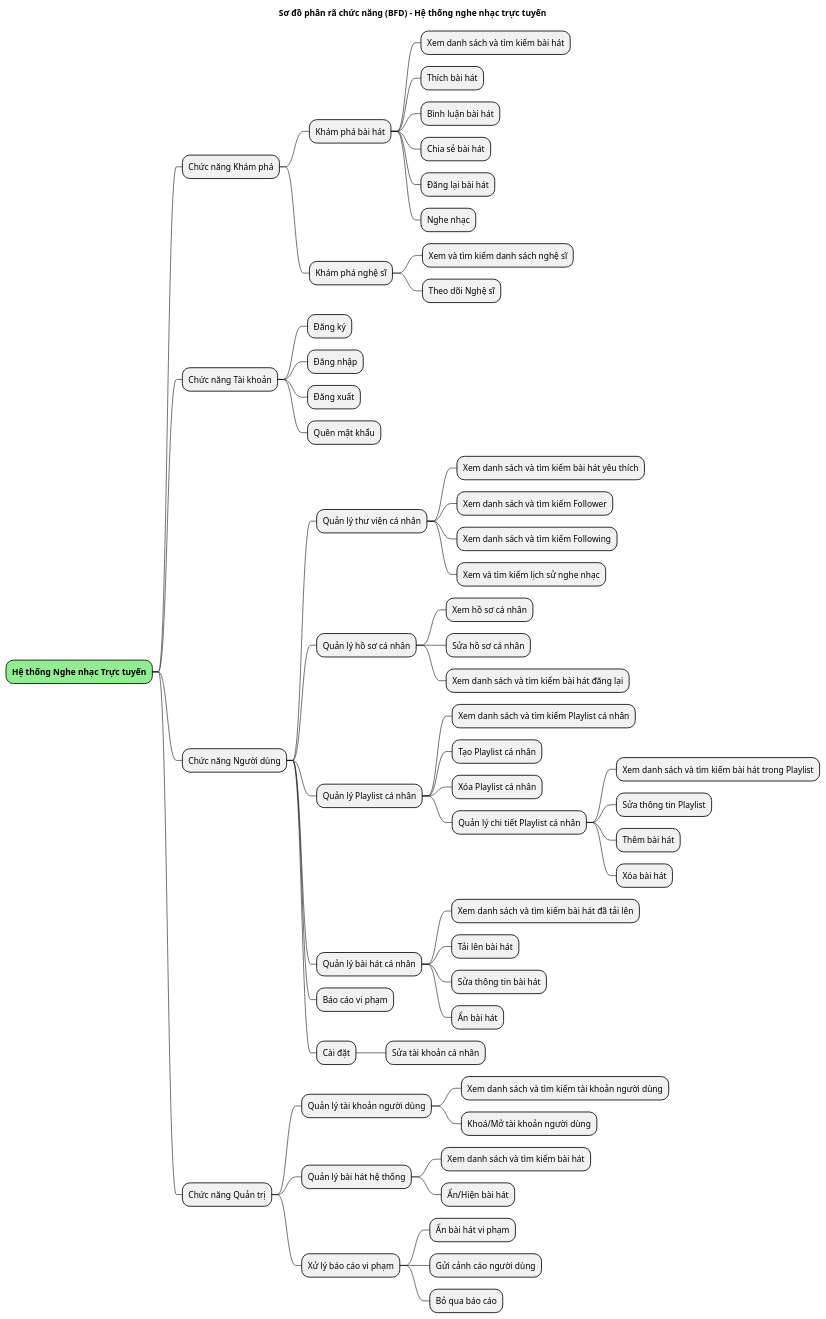
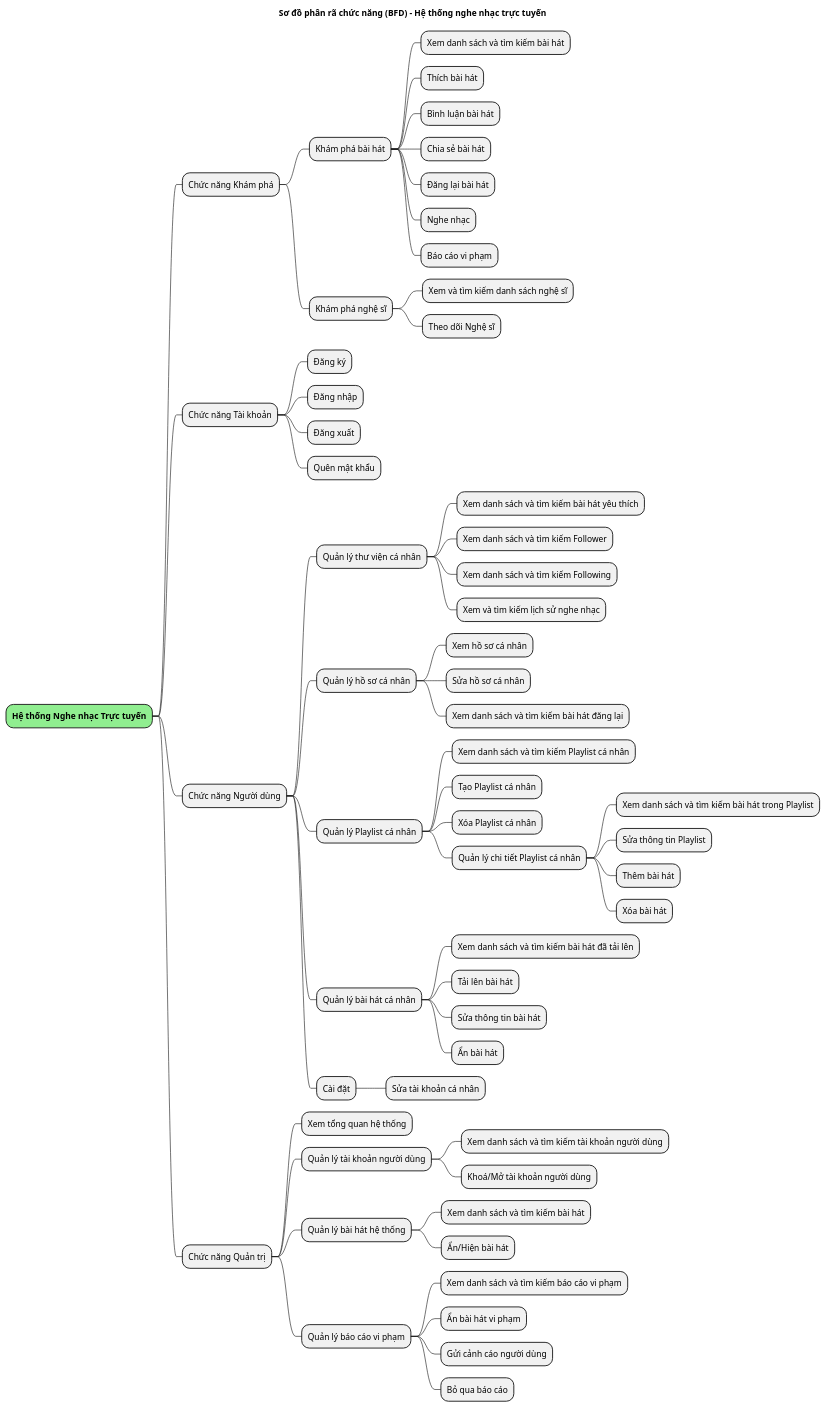
One commit to vinh047/soundwave changed the diagram in Diagrams/BFD.plantuml. Above: the diagram before and after it, drawn with PlantUML. The commit also changed 29 other files, not shown here.

```diff
--- a/Diagrams/BFD.plantuml
+++ b/Diagrams/BFD.plantuml
@@ -1,60 +1,62 @@
 @startmindmap BFD
 title Sơ đồ phân rã chức năng (BFD) - Hệ thống nghe nhạc trực tuyến
 
 *[#lightgreen] **Hệ thống Nghe nhạc Trực tuyến**
 ** Chức năng Khám phá
 *** Khám phá bài hát
 **** Xem danh sách và tìm kiếm bài hát
 **** Thích bài hát
 **** Bình luận bài hát
 **** Chia sẻ bài hát
 **** Đăng lại bài hát
 **** Nghe nhạc
+**** Báo cáo vi phạm
 *** Khám phá nghệ sĩ
 **** Xem và tìm kiếm danh sách nghệ sĩ
 **** Theo dõi Nghệ sĩ
 ** Chức năng Tài khoản
 *** Đăng ký
 *** Đăng nhập
 *** Đăng xuất
 *** Quên mật khẩu
 ** Chức năng Người dùng
 *** Quản lý thư viện cá nhân
 **** Xem danh sách và tìm kiếm bài hát yêu thích
 **** Xem danh sách và tìm kiếm Follower
 **** Xem danh sách và tìm kiếm Following
 **** Xem và tìm kiếm lịch sử nghe nhạc
 *** Quản lý hồ sơ cá nhân
 **** Xem hồ sơ cá nhân
 **** Sửa hồ sơ cá nhân
 **** Xem danh sách và tìm kiếm bài hát đăng lại
 *** Quản lý Playlist cá nhân
 **** Xem danh sách và tìm kiếm Playlist cá nhân
 **** Tạo Playlist cá nhân
 **** Xóa Playlist cá nhân
 **** Quản lý chi tiết Playlist cá nhân
 ***** Xem danh sách và tìm kiếm bài hát trong Playlist
 ***** Sửa thông tin Playlist
 ***** Thêm bài hát
 ***** Xóa bài hát
 *** Quản lý bài hát cá nhân
 **** Xem danh sách và tìm kiếm bài hát đã tải lên
 **** Tải lên bài hát
 **** Sửa thông tin bài hát
 **** Ẩn bài hát
-*** Báo cáo vi phạm
 *** Cài đặt
 **** Sửa tài khoản cá nhân
 ** Chức năng Quản trị
+*** Xem tổng quan hệ thống
 *** Quản lý tài khoản người dùng
 **** Xem danh sách và tìm kiếm tài khoản người dùng
 **** Khoá/Mở tài khoản người dùng
 *** Quản lý bài hát hệ thống
 **** Xem danh sách và tìm kiếm bài hát
 **** Ẩn/Hiện bài hát
-*** Xử lý báo cáo vi phạm
+*** Quản lý báo cáo vi phạm
+**** Xem danh sách và tìm kiếm báo cáo vi phạm
 **** Ẩn bài hát vi phạm
 **** Gửi cảnh cáo người dùng
 **** Bỏ qua báo cáo
 
 @endmindmap
```
